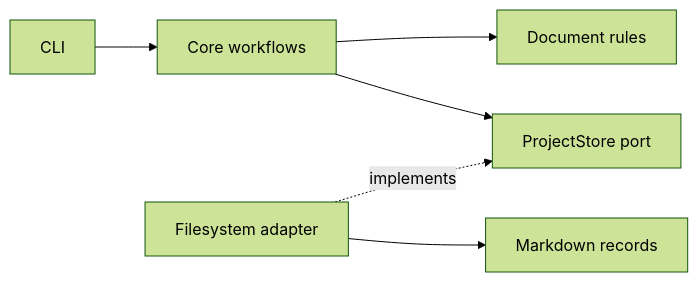
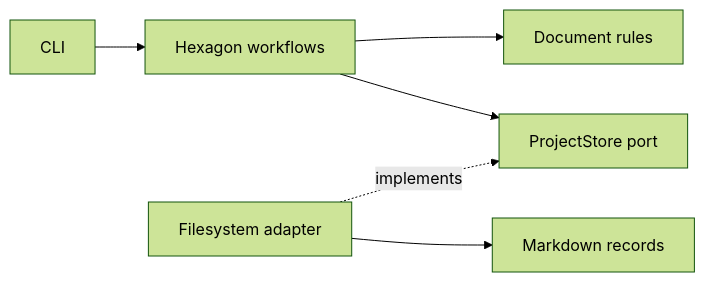
The diagram in README.md (adbayb/makespec), drawn with Mermaid (forest theme) before and after one commit. The commit also changed other lines of this file and 16 other files, not shown here.

First line of the commit message:
refactor: rename core module to hexagon and simplify

````diff
--- a/README.md
+++ b/README.md
@@ -163,8 +163,8 @@
 ```mermaid
 flowchart LR
-    CLI["CLI"] --> Workflows["Core workflows"]
+    CLI["CLI"] --> Workflows["Hexagon workflows"]
     Workflows --> Rules["Document rules"]
     Workflows --> Port["ProjectStore port"]
     Filesystem["Filesystem adapter"] -. implements .-> Port
     Filesystem --> Records["Markdown records"]
 ```
````
